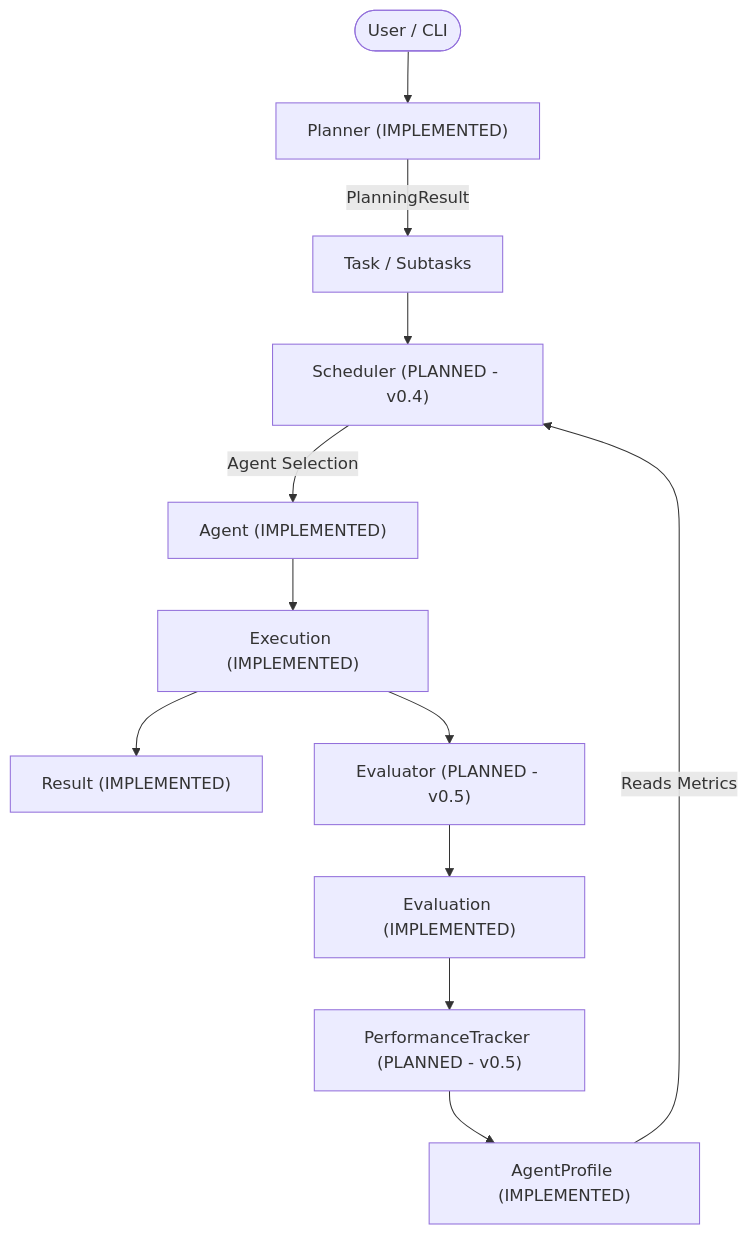
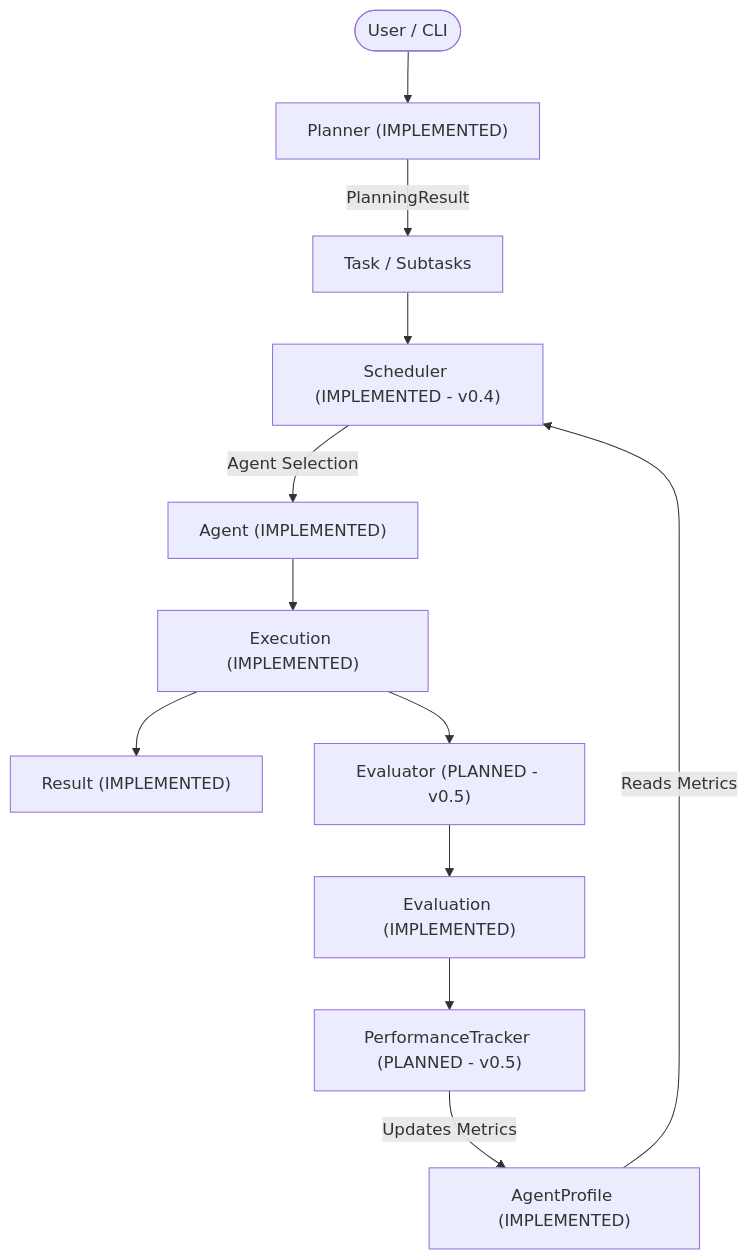
Before and after one commit to AsmitBhandari/ABOS: the second of 2 diagrams in context/ARCHITECTURE.md, drawn with Mermaid. The commit also changed other lines of this file and 13 other files, not shown here.

Commit message:
feat: add v0.4 performance-aware scheduler

````diff
--- a/context/ARCHITECTURE.md
+++ b/context/ARCHITECTURE.md
@@ -78,14 +74,14 @@
 ```mermaid
 flowchart TD
     User([User / CLI]) --> Planner["Planner (IMPLEMENTED)"]
     Planner -->|PlanningResult| Task["Task / Subtasks"]
-    Task --> Scheduler["Scheduler (PLANNED - v0.4)"]
+    Task --> Scheduler["Scheduler (IMPLEMENTED - v0.4)"]
     Scheduler -->|Agent Selection| Agent["Agent (IMPLEMENTED)"]
     Agent --> Execution["Execution (IMPLEMENTED)"]
     Execution --> Result["Result (IMPLEMENTED)"]
     Execution --> Evaluator["Evaluator (PLANNED - v0.5)"]
     Evaluator --> Evaluation["Evaluation (IMPLEMENTED)"]
     Evaluation --> PerformanceTracker["PerformanceTracker (PLANNED - v0.5)"]
-    PerformanceTracker --> AgentProfile["AgentProfile (IMPLEMENTED)"]
+    PerformanceTracker -->|Updates Metrics| AgentProfile["AgentProfile (IMPLEMENTED)"]
     AgentProfile -->|Reads Metrics| Scheduler
 ```
````
